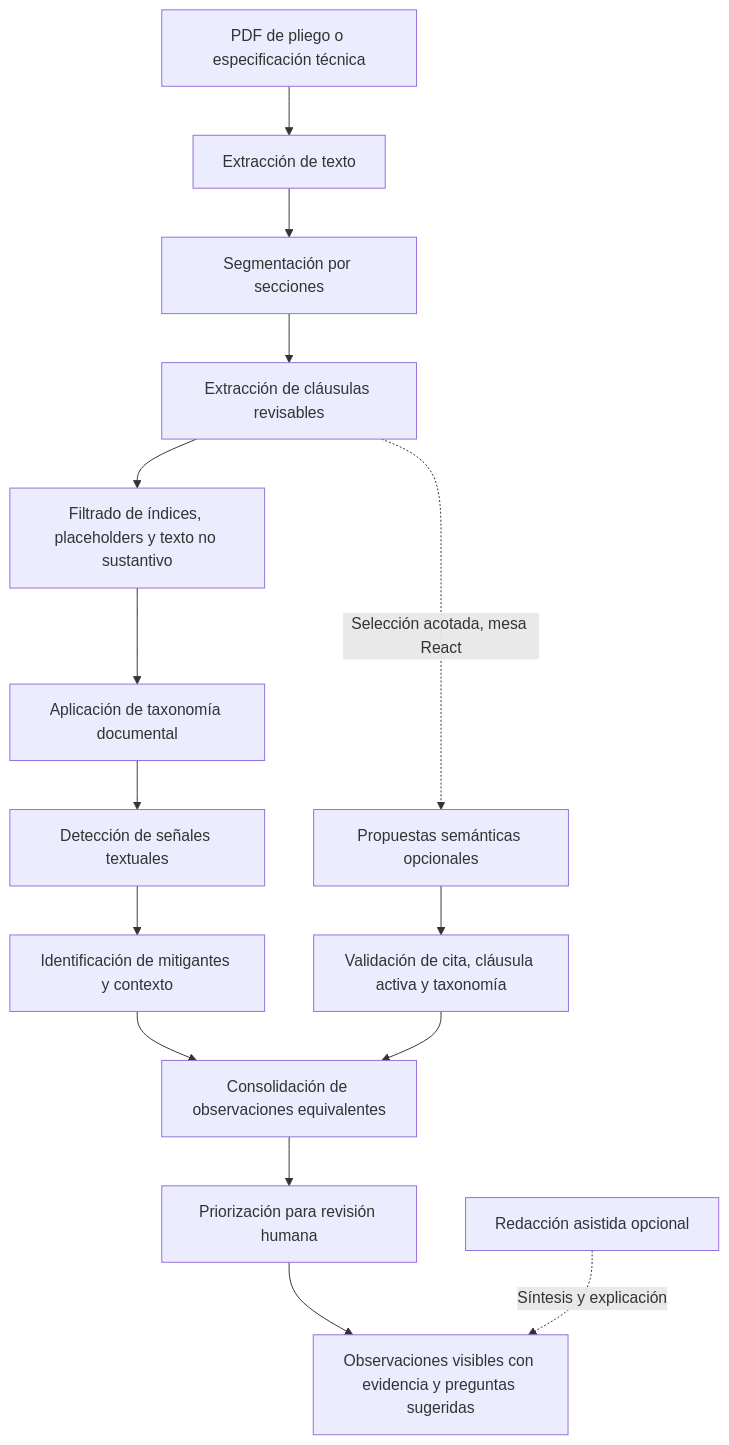
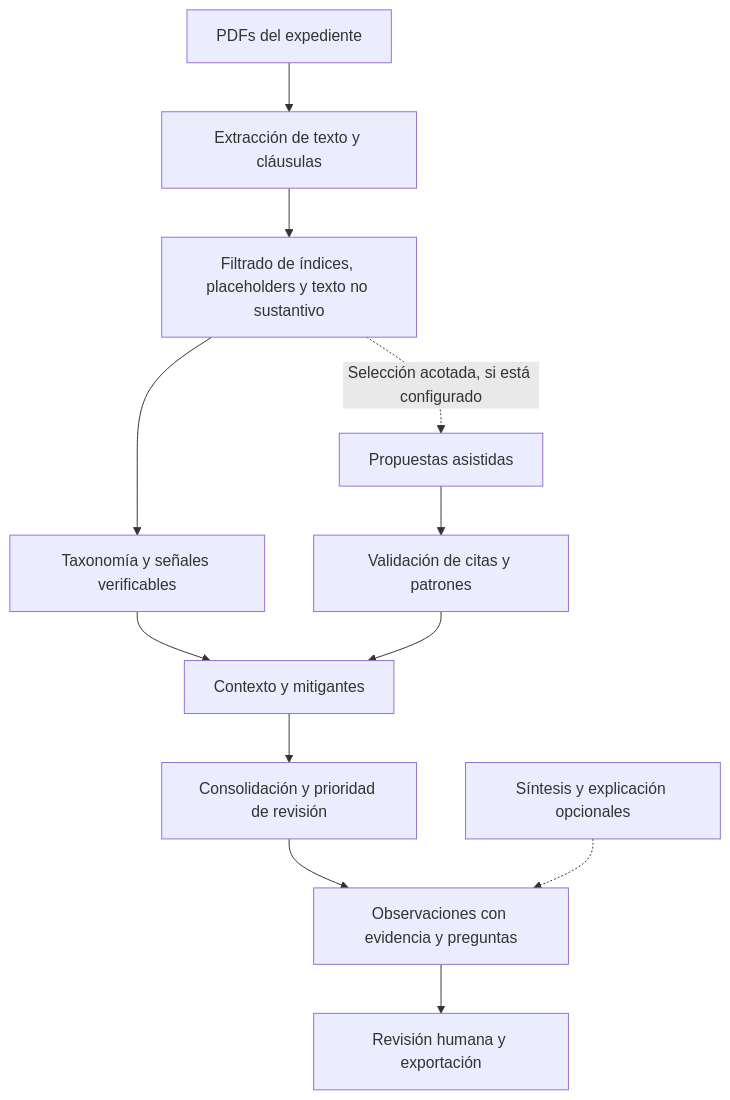
The diagram in README.md (sebadhy/IntegrityTool), drawn with Mermaid before and after one commit. The commit also changed other lines of this file and 26 other files, not shown here.

````diff
--- a/README.md
+++ b/README.md
@@ -34,18 +60,14 @@
 ```mermaid
 flowchart TD
-    A["PDF de pliego o especificación técnica"] --> B["Extracción de texto"]
-    B --> C["Segmentación por secciones"]
-    C --> D["Extracción de cláusulas revisables"]
-    D --> E["Filtrado de índices, placeholders y texto no sustantivo"]
-    E --> F["Aplicación de taxonomía documental"]
-    F --> G["Detección de señales textuales"]
-    G --> H["Identificación de mitigantes y contexto"]
-    H --> I["Consolidación de observaciones equivalentes"]
-    I --> J["Priorización para revisión humana"]
-    J --> K["Observaciones visibles con evidencia y preguntas sugeridas"]
-
-    D -. "Selección acotada, mesa React" .-> L["Propuestas semánticas opcionales"]
-    L --> M["Validación de cita, cláusula activa y taxonomía"]
-    M --> I
-    N["Redacción asistida opcional"] -. "Síntesis y explicación" .-> K
+    A["PDFs del expediente"] --> B["Extracción de texto y cláusulas"]
+    B --> C["Filtrado de índices, placeholders y texto no sustantivo"]
+    C --> D["Taxonomía y señales verificables"]
+    D --> E["Contexto y mitigantes"]
+    E --> F["Consolidación y prioridad de revisión"]
+    F --> G["Observaciones con evidencia y preguntas"]
+    G --> H["Revisión humana y exportación"]
+    C -. "Selección acotada, si está configurado" .-> I["Propuestas asistidas"]
+    I --> J["Validación de citas y patrones"]
+    J --> E
+    K["Síntesis y explicación opcionales"] -.-> G
 ```
````
